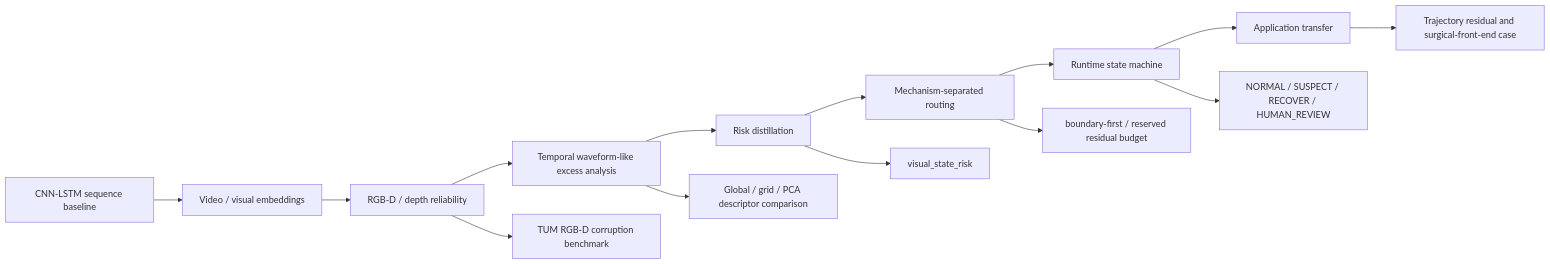
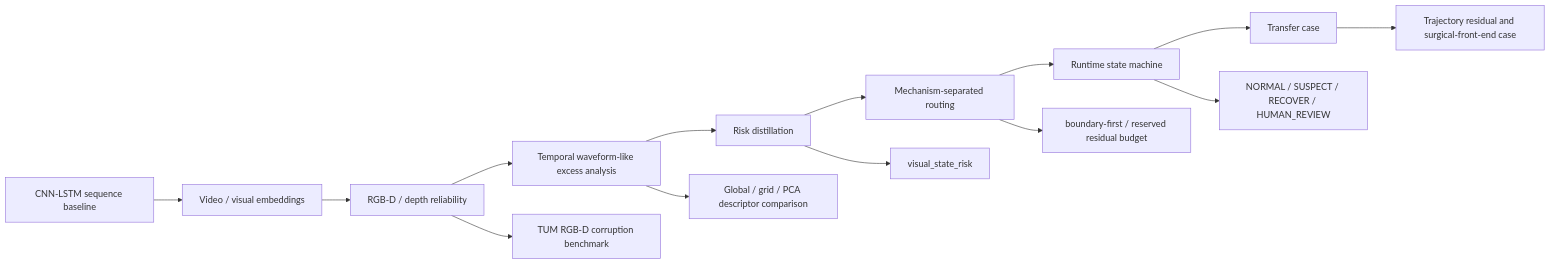
One commit to Tengyu-w/reliability-aware-robot-perception changed the first of 2 diagrams in docs/project_overview.md. Above: the diagram before and after it, drawn with Mermaid. The commit also changed other lines of this file and 14 other files, not shown here.

````diff
--- a/docs/project_overview.md
+++ b/docs/project_overview.md
@@ -23,17 +23,17 @@
 ```mermaid
 flowchart LR
     A["CNN-LSTM sequence baseline"] --> B["Video / visual embeddings"]
     B --> C["RGB-D / depth reliability"]
     C --> D["Temporal waveform-like excess analysis"]
     D --> E["Risk distillation"]
     E --> F["Mechanism-separated routing"]
     F --> H["Runtime state machine"]
-    H --> G["Application transfer"]
+    H --> G["Transfer case"]
 
     C --> C1["TUM RGB-D corruption benchmark"]
     D --> D1["Global / grid / PCA descriptor comparison"]
     E --> E1["visual_state_risk"]
     F --> F1["boundary-first / reserved residual budget"]
     H --> H1["NORMAL / SUSPECT / RECOVER / HUMAN_REVIEW"]
     G --> G1["Trajectory residual and surgical-front-end case"]
 ```
````
